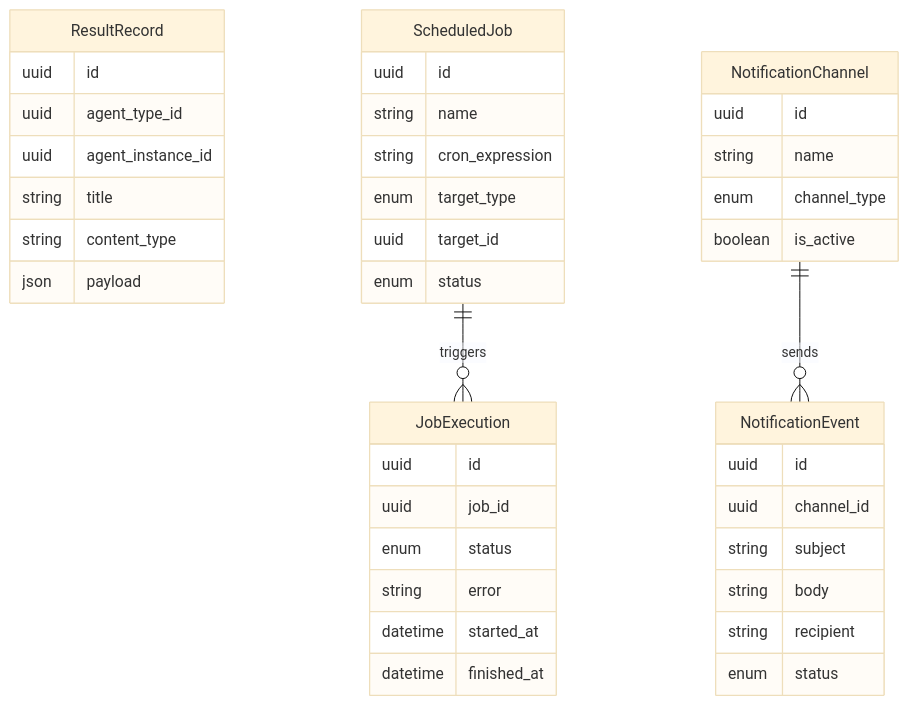
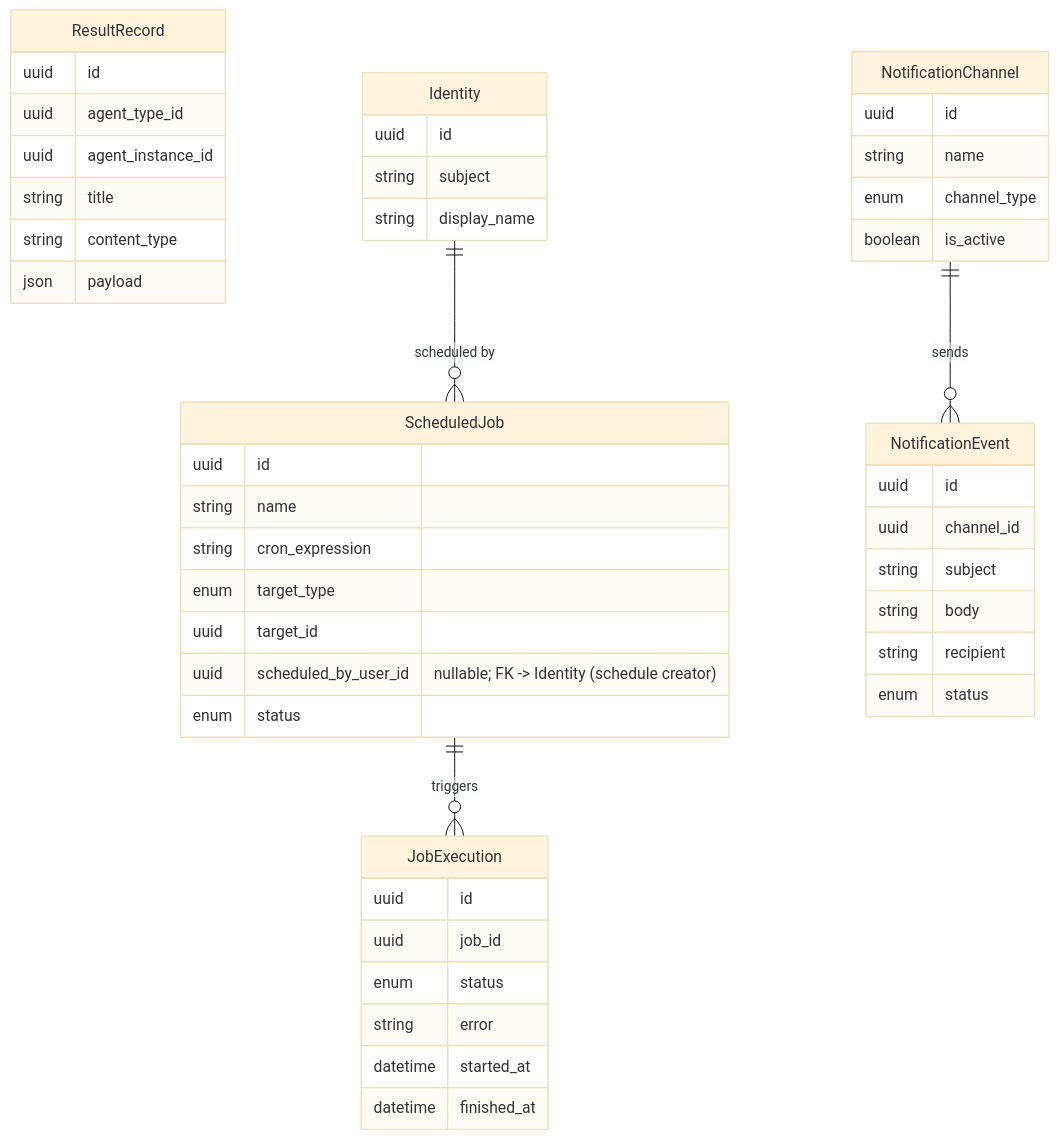
The diagram in docs/master/data-model/modules/operations/entities.md (hurungang/parthenon), drawn with Mermaid (base theme) before and after one commit. The commit also changed other lines of this file and 116 other files, not shown here.

````diff
--- a/docs/master/data-model/modules/operations/entities.md
+++ b/docs/master/data-model/modules/operations/entities.md
@@ -3,44 +3,51 @@
 ```mermaid
 erDiagram
     ResultRecord {
         uuid id
         uuid agent_type_id
         uuid agent_instance_id
         string title
         string content_type
         json payload
     }
     ScheduledJob {
         uuid id
         string name
         string cron_expression
         enum target_type
         uuid target_id
+        uuid scheduled_by_user_id "nullable; FK -> Identity (schedule creator)"
         enum status
     }
     JobExecution {
         uuid id
         uuid job_id
         enum status
         string error
         datetime started_at
         datetime finished_at
+    }
+    Identity {
+        uuid id
+        string subject
+        string display_name
     }
     NotificationChannel {
         uuid id
         string name
         enum channel_type
         boolean is_active
     }
     NotificationEvent {
         uuid id
         uuid channel_id
         string subject
         string body
         string recipient
         enum status
     }
 
     ScheduledJob ||--o{ JobExecution : "triggers"
+    Identity ||--o{ ScheduledJob : "scheduled by"
     NotificationChannel ||--o{ NotificationEvent : "sends"
 ```
````
